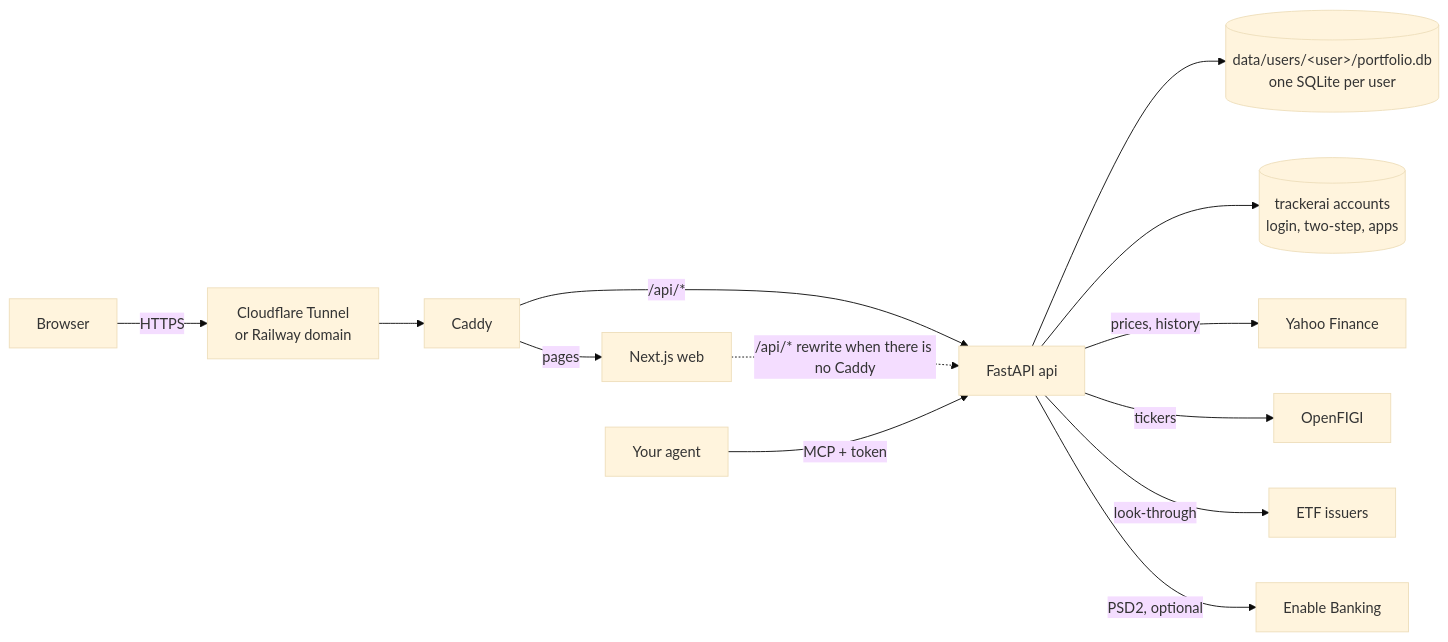
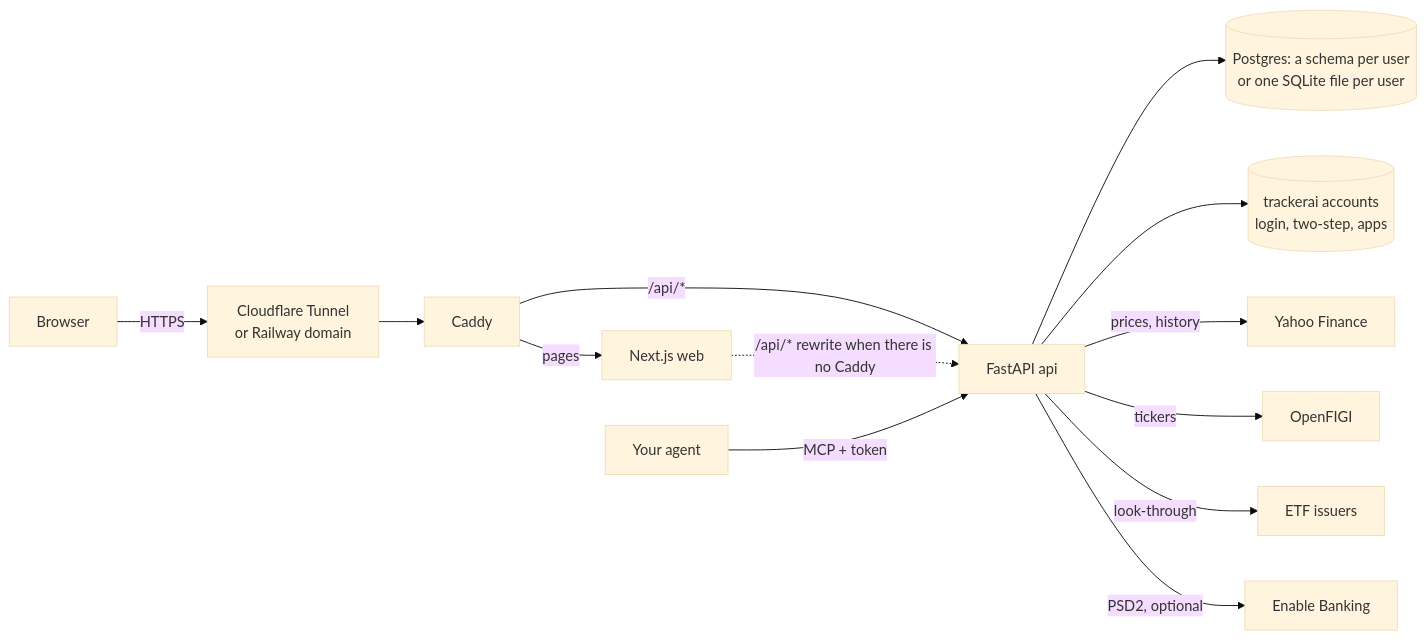
The diagram in wealth-tracker/README.md (Joost-Jansen/trackerai-app), drawn with Mermaid (base theme) before and after one commit. The commit also changed other lines of this file and 1 other file, not shown here.

First line of the commit message:
README: wealth data in Postgres, Railway services by their current names

````diff
--- a/wealth-tracker/README.md
+++ b/wealth-tracker/README.md
@@ -123,15 +123,15 @@
 ```mermaid
 flowchart LR
     U[Browser] -->|HTTPS| CF[Cloudflare Tunnel<br/>or Railway domain]
     CF --> P[Caddy]
     P -->|pages| W[Next.js web]
     P -->|/api/*| A[FastAPI api]
     W -.->|/api/* rewrite when there is no Caddy| A
-    A --> DB[(data/users/&lt;user&gt;/portfolio.db<br/>one SQLite per user)]
+    A --> DB[(Postgres: a schema per user<br/>or one SQLite file per user)]
     A --> AC[(trackerai accounts<br/>login, two-step, apps)]
     AG[Your agent] -->|MCP + token| A
     A -->|prices, history| Y[Yahoo Finance]
     A -->|tickers| F[OpenFIGI]
     A -->|look-through| I[ETF issuers]
     A -->|PSD2, optional| E[Enable Banking]
 ```
````
